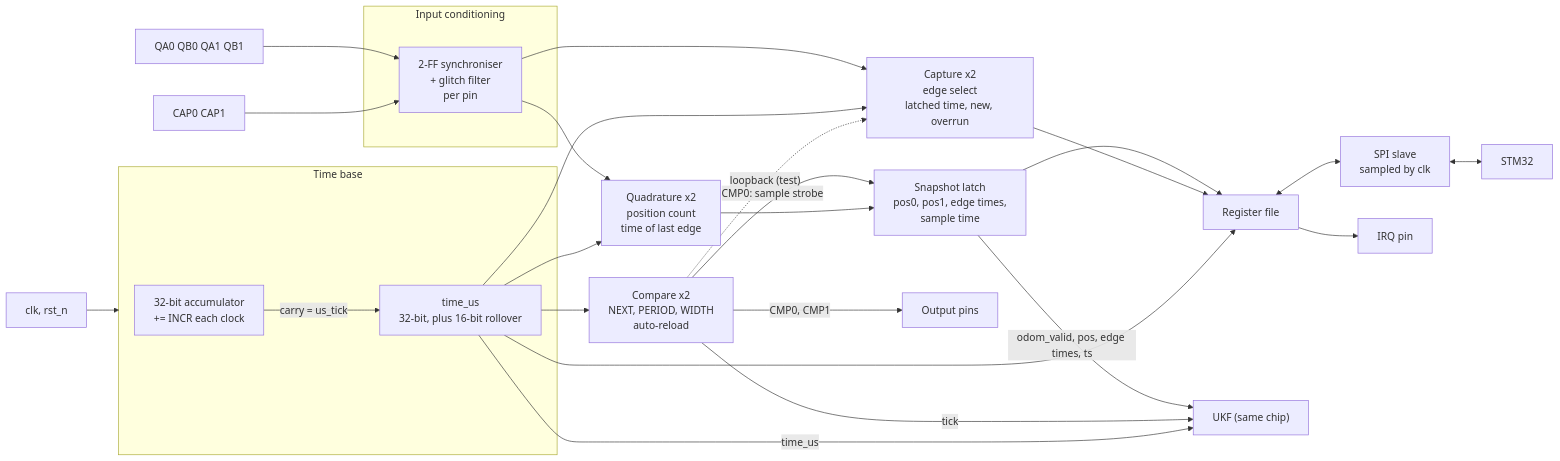
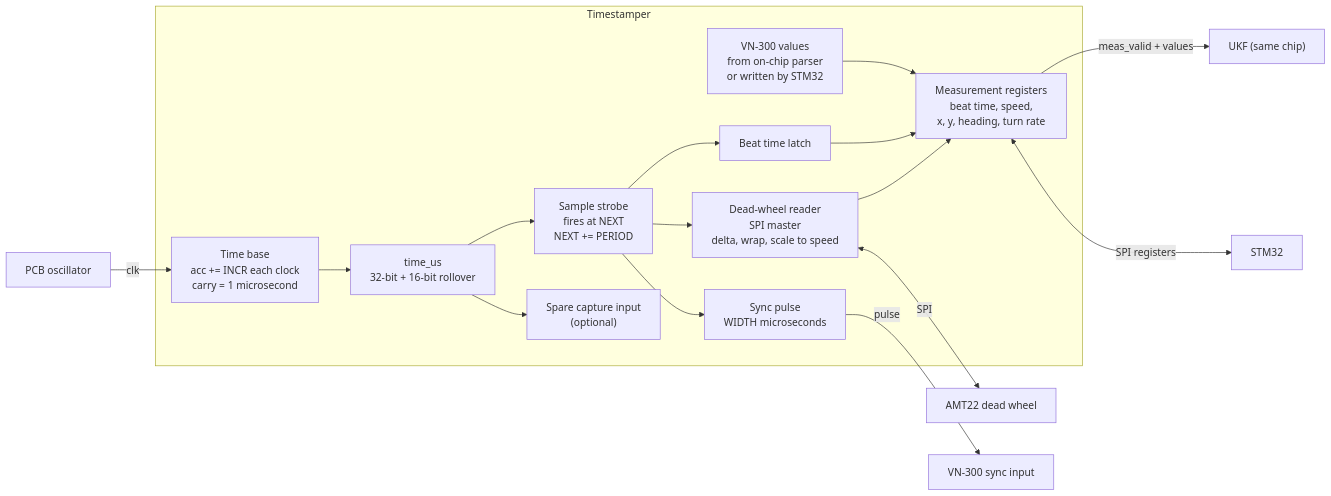
One commit to umigv/UMARV-SensorFusion changed the diagram in docs/timestamper_architecture.md. Above: the diagram before and after it, drawn with Mermaid. The commit also changed other lines of this file and 3 other files, not shown here.

First line of the commit message:
Update architecture docs for the revised fusion design; add board overview

````diff
--- a/docs/timestamper_architecture.md
+++ b/docs/timestamper_architecture.md
@@ -31,38 +34,21 @@
 ```mermaid
 flowchart LR
-    CLK["clk, rst_n"] --> TB
+    OSC["PCB oscillator"] -->|clk| TB
 
-    subgraph TB["Time base"]
-        ACC["32-bit accumulator<br/>+= INCR each clock"] -->|"carry = us_tick"| TIME["time_us<br/>32-bit, plus 16-bit rollover"]
+    subgraph CHIP["Timestamper"]
+        TB["Time base<br/>acc += INCR each clock<br/>carry = 1 microsecond"] --> TIME["time_us<br/>32-bit + 16-bit rollover"]
+        TIME --> STROBE["Sample strobe<br/>fires at NEXT<br/>NEXT += PERIOD"]
+        STROBE --> ENC["Dead-wheel reader<br/>SPI master<br/>delta, wrap, scale to speed"]
+        STROBE --> SYNCP["Sync pulse<br/>WIDTH microseconds"]
+        STROBE --> LATCH["Beat time latch"]
+        TIME --> CAP["Spare capture input<br/>(optional)"]
+        ENC --> MEAS["Measurement registers<br/>beat time, speed,<br/>x, y, heading, turn rate"]
+        LATCH --> MEAS
+        VNP["VN-300 values<br/>from on-chip parser<br/>or written by STM32"] --> MEAS
     end
 
-    subgraph IN["Input conditioning"]
-        SYNC["2-FF synchroniser<br/>+ glitch filter<br/>per pin"]
-    end
-
-    PINS_Q["QA0 QB0 QA1 QB1"] --> SYNC
-    PINS_C["CAP0 CAP1"] --> SYNC
-
-    SYNC --> QD["Quadrature x2<br/>position count<br/>time of last edge"]
-    SYNC --> CAP["Capture x2<br/>edge select<br/>latched time, new, overrun"]
-
-    TIME --> QD
-    TIME --> CAP
-    TIME --> CMP["Compare x2<br/>NEXT, PERIOD, WIDTH<br/>auto-reload"]
-
-    CMP -->|"CMP0: sample strobe"| SNAP["Snapshot latch<br/>pos0, pos1, edge times,<br/>sample time"]
-    QD --> SNAP
-    CMP -->|"CMP0, CMP1"| OUTP["Output pins"]
-    CMP -.->|"loopback (test)"| CAP
-
-    SNAP --> REG["Register file"]
-    CAP --> REG
-    TIME --> REG
-    REG <--> SPI["SPI slave<br/>sampled by clk"]
-    SPI <--> HOST["STM32"]
-    REG --> IRQ["IRQ pin"]
-
-    SNAP -->|"odom_valid, pos, edge times, ts"| UKF["UKF (same chip)"]
-    CMP -->|tick| UKF
-    TIME -->|time_us| UKF
+    ENC <-->|SPI| AMT["AMT22 dead wheel"]
+    SYNCP -->|pulse| VN["VN-300 sync input"]
+    MEAS -->|"meas_valid + values"| UKF["UKF (same chip)"]
+    MEAS <-->|SPI registers| STM["STM32"]
 ```
````
